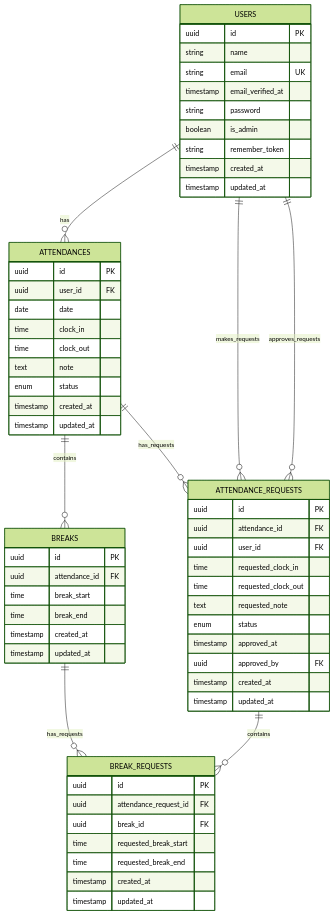
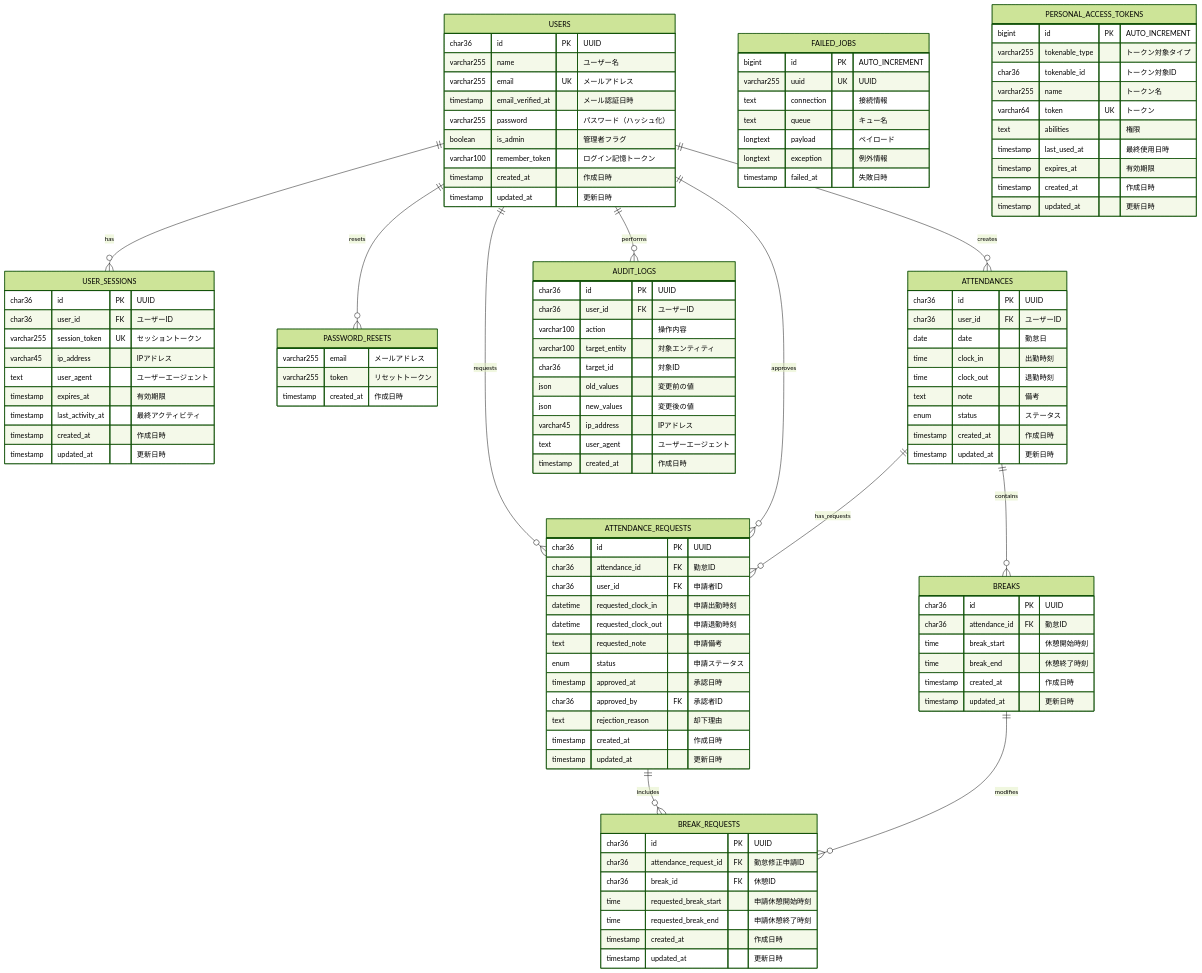
The diagram in er_diagram.md (hasedai0000/Attendance_management-app), drawn with Mermaid (forest theme) before and after one commit. The commit also changed other lines of this file and 17 other files, not shown here.

````diff
--- a/er_diagram.md
+++ b/er_diagram.md
@@ -3,68 +3,132 @@
 ```mermaid
 erDiagram
+    %% ユーザー関連
     USERS {
-        uuid id PK
-        string name
-        string email UK
-        timestamp email_verified_at
-        string password
-        boolean is_admin
-        string remember_token
-        timestamp created_at
-        timestamp updated_at
+        char36 id PK "UUID"
+        varchar255 name "ユーザー名"
+        varchar255 email UK "メールアドレス"
+        timestamp email_verified_at "メール認証日時"
+        varchar255 password "パスワード（ハッシュ化）"
+        boolean is_admin "管理者フラグ"
+        varchar100 remember_token "ログイン記憶トークン"
+        timestamp created_at "作成日時"
+        timestamp updated_at "更新日時"
     }
-    
+
+    USER_SESSIONS {
+        char36 id PK "UUID"
+        char36 user_id FK "ユーザーID"
+        varchar255 session_token UK "セッショントークン"
+        varchar45 ip_address "IPアドレス"
+        text user_agent "ユーザーエージェント"
+        timestamp expires_at "有効期限"
+        timestamp last_activity_at "最終アクティビティ"
+        timestamp created_at "作成日時"
+        timestamp updated_at "更新日時"
+    }
+
+    PASSWORD_RESETS {
+        varchar255 email "メールアドレス"
+        varchar255 token "リセットトークン"
+        timestamp created_at "作成日時"
+    }
+
+    %% 勤怠関連
     ATTENDANCES {
-        uuid id PK
-        uuid user_id FK
-        date date
-        time clock_in
-        time clock_out
-        text note
-        enum status
-        timestamp created_at
-        timestamp updated_at
+        char36 id PK "UUID"
+        char36 user_id FK "ユーザーID"
+        date date "勤怠日"
+        time clock_in "出勤時刻"
+        time clock_out "退勤時刻"
+        text note "備考"
+        enum status "ステータス"
+        timestamp created_at "作成日時"
+        timestamp updated_at "更新日時"
     }
-    
+
     BREAKS {
-        uuid id PK
-        uuid attendance_id FK
-        time break_start
-        time break_end
-        timestamp created_at
-        timestamp updated_at
+        char36 id PK "UUID"
+        char36 attendance_id FK "勤怠ID"
+        time break_start "休憩開始時刻"
+        time break_end "休憩終了時刻"
+        timestamp created_at "作成日時"
+        timestamp updated_at "更新日時"
     }
-    
+
+    %% 申請関連
     ATTENDANCE_REQUESTS {
-        uuid id PK
-        uuid attendance_id FK
-        uuid user_id FK
-        time requested_clock_in
-        time requested_clock_out
-        text requested_note
-        enum status
-        timestamp approved_at
-        uuid approved_by FK
-        timestamp created_at
-        timestamp updated_at
+        char36 id PK "UUID"
+        char36 attendance_id FK "勤怠ID"
+        char36 user_id FK "申請者ID"
+        datetime requested_clock_in "申請出勤時刻"
+        datetime requested_clock_out "申請退勤時刻"
+        text requested_note "申請備考"
+        enum status "申請ステータス"
+        timestamp approved_at "承認日時"
+        char36 approved_by FK "承認者ID"
+        text rejection_reason "却下理由"
+        timestamp created_at "作成日時"
+        timestamp updated_at "更新日時"
     }
-    
+
     BREAK_REQUESTS {
-        uuid id PK
-        uuid attendance_request_id FK
-        uuid break_id FK
-        time requested_break_start
-        time requested_break_end
-        timestamp created_at
-        timestamp updated_at
+        char36 id PK "UUID"
+        char36 attendance_request_id FK "勤怠修正申請ID"
+        char36 break_id FK "休憩ID"
+        time requested_break_start "申請休憩開始時刻"
+        time requested_break_end "申請休憩終了時刻"
+        timestamp created_at "作成日時"
+        timestamp updated_at "更新日時"
     }
-    
-    %% 関係の定義
-    USERS ||--o{ ATTENDANCES : "has"
+
+    %% 監査・システム関連
+    AUDIT_LOGS {
+        char36 id PK "UUID"
+        char36 user_id FK "ユーザーID"
+        varchar100 action "操作内容"
+        varchar100 target_entity "対象エンティティ"
+        char36 target_id "対象ID"
+        json old_values "変更前の値"
+        json new_values "変更後の値"
+        varchar45 ip_address "IPアドレス"
+        text user_agent "ユーザーエージェント"
+        timestamp created_at "作成日時"
+    }
+
+    FAILED_JOBS {
+        bigint id PK "AUTO_INCREMENT"
+        varchar255 uuid UK "UUID"
+        text connection "接続情報"
+        text queue "キュー名"
+        longtext payload "ペイロード"
+        longtext exception "例外情報"
+        timestamp failed_at "失敗日時"
+    }
+
+    PERSONAL_ACCESS_TOKENS {
+        bigint id PK "AUTO_INCREMENT"
+        varchar255 tokenable_type "トークン対象タイプ"
+        char36 tokenable_id "トークン対象ID"
+        varchar255 name "トークン名"
+        varchar64 token UK "トークン"
+        text abilities "権限"
+        timestamp last_used_at "最終使用日時"
+        timestamp expires_at "有効期限"
+        timestamp created_at "作成日時"
+        timestamp updated_at "更新日時"
+    }
+
+    %% リレーションシップ
+    USERS ||--o{ USER_SESSIONS : "has"
+    USERS ||--o{ ATTENDANCES : "creates"
+    USERS ||--o{ ATTENDANCE_REQUESTS : "requests"
+    USERS ||--o{ ATTENDANCE_REQUESTS : "approves"
+    USERS ||--o{ AUDIT_LOGS : "performs"
+    USERS ||--o{ PASSWORD_RESETS : "resets"
+
     ATTENDANCES ||--o{ BREAKS : "contains"
     ATTENDANCES ||--o{ ATTENDANCE_REQUESTS : "has_requests"
-    USERS ||--o{ ATTENDANCE_REQUESTS : "makes_requests"
-    USERS ||--o{ ATTENDANCE_REQUESTS : "approves_requests"
-    ATTENDANCE_REQUESTS ||--o{ BREAK_REQUESTS : "contains"
-    BREAKS ||--o{ BREAK_REQUESTS : "has_requests"
+
+    ATTENDANCE_REQUESTS ||--o{ BREAK_REQUESTS : "includes"
+    BREAKS ||--o{ BREAK_REQUESTS : "modifies"
 ```
````
